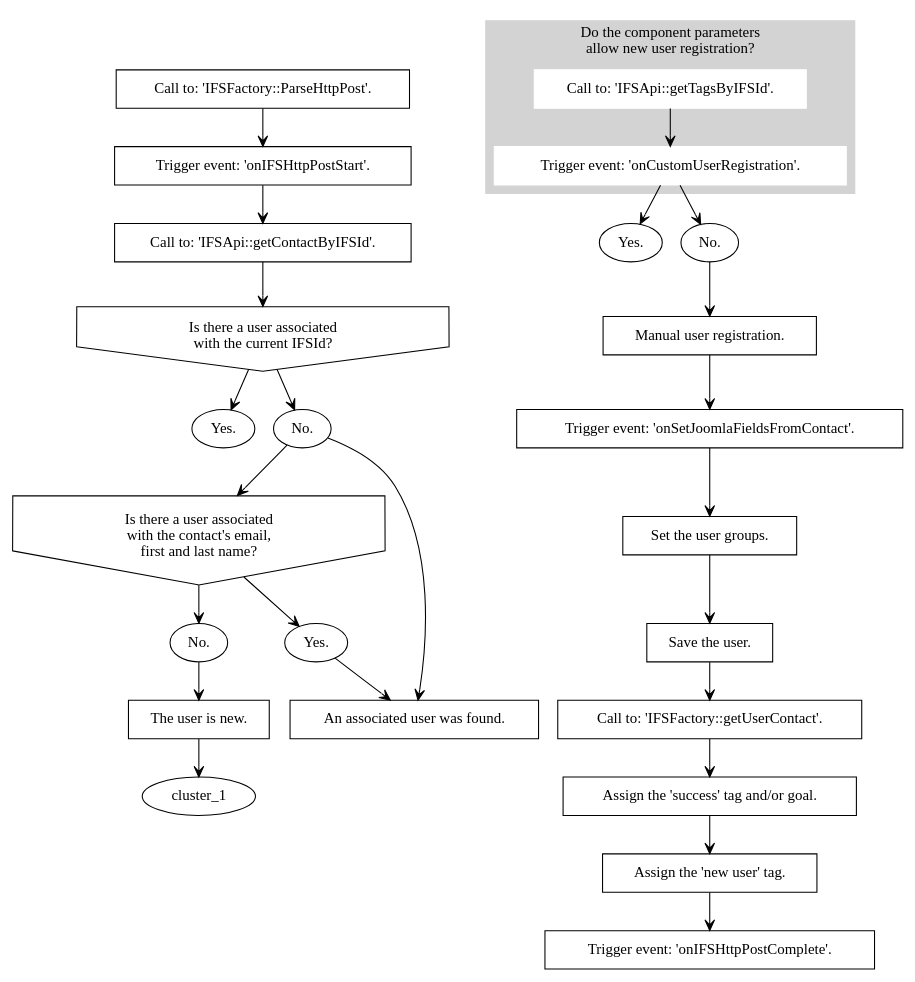
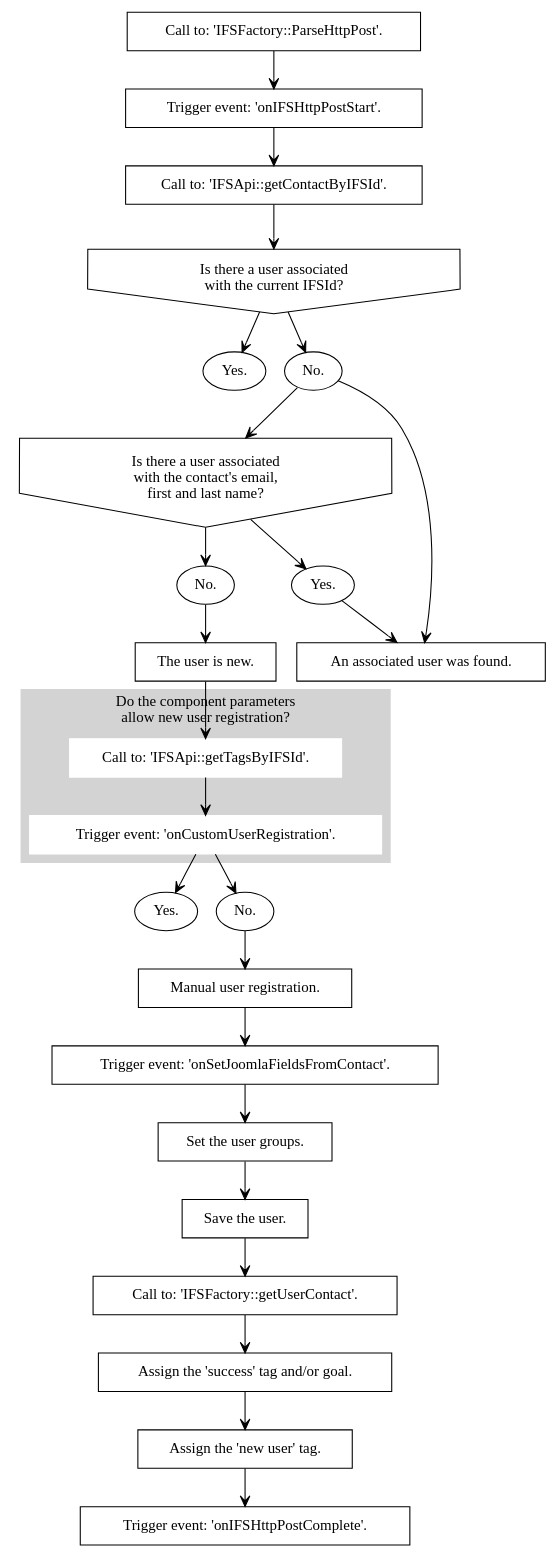
The diagram in docs/procedures/register_user.rst (treste91/JoomFuse), drawn with Graphviz before and after one commit.

```diff
--- a/docs/procedures/register_user.rst
+++ b/docs/procedures/register_user.rst
@@ -4,61 +4,61 @@
 .. graphviz::
 
    digraph {
    
       1 [label="Call to: 'IFSFactory::ParseHttpPost'." shape=rectangle]
       2 [label="Trigger event: 'onIFSHttpPostStart'." shape=rectangle]
       3 [label="Call to: 'IFSApi::getContactByIFSId'." shape=rectangle]
       4 [label="Is there a user associated\n with the current IFSId?" shape=invhouse]
       5 [label="Yes." shape=oval]
       6 [label="No." shape=oval]
       7 [label="Is there a user associated\n with the contact's email,\n first and last name?" shape=invhouse]
       8 [label="Yes." shape=oval]
       9 [label="An associated user was found." shape=rectangle]
       10 [label="No." shape=oval]
       11 [label="The user is new." shape=rectangle]
       
       subgraph cluster_1 {
          style=filled;
          color=lightgrey;
 		   node [style=filled,color=white];
          label="Do the component parameters\n allow new user registration?"
          12 [label="Call to: 'IFSApi::getTagsByIFSId'." shape=rectangle]
          13 [label="Trigger event: 'onCustomUserRegistration'." shape=rectangle]
       }
       
       14 [label="Yes." shape=oval]
       15 [label="No." shape=oval]
       16 [label="Manual user registration." shape=rectangle]
       17 [label="Trigger event: 'onSetJoomlaFieldsFromContact'." shape=rectangle]
       18 [label="Set the user groups." shape=rectangle]
       19 [label="Save the user." shape=rectangle]
       20 [label="Call to: 'IFSFactory::getUserContact'." shape=rectangle]
       21 [label="Assign the 'success' tag and/or goal." shape=rectangle]
       22 [label="Assign the 'new user' tag." shape=rectangle]
       23 [label="Trigger event: 'onIFSHttpPostComplete'." shape=rectangle]
       
       
       1 -> 2 [arrowhead=vee arrowsize=1]
       2 -> 3 [arrowhead=vee arrowsize=1]
       3 -> 4 [arrowhead=vee arrowsize=1]
       4 -> 5 [arrowhead=vee arrowsize=1]
       4 -> 6 [arrowhead=vee arrowsize=1]
       6 -> 7 [arrowhead=vee arrowsize=1]
       7 -> 8 [arrowhead=vee arrowsize=1]
       8 -> 9 [arrowhead=vee arrowsize=1]
       6 -> 9 [arrowhead=vee arrowsize=1]
       7 -> 10 [arrowhead=vee arrowsize=1]
       10 -> 11 [arrowhead=vee arrowsize=1]
-      11 -> cluster_1 [arrowhead=vee arrowsize=1]
+      11 -> 12 [arrowhead=vee arrowsize=1]
       12 -> 13 [arrowhead=vee arrowsize=1]
       13 -> 14 [arrowhead=vee arrowsize=1]
       13 -> 15 [arrowhead=vee arrowsize=1]
       15 -> 16 [arrowhead=vee arrowsize=1]
       16 -> 17 [arrowhead=vee arrowsize=1]
       17 -> 18 [arrowhead=vee arrowsize=1]
       18 -> 19 [arrowhead=vee arrowsize=1]
       19 -> 20 [arrowhead=vee arrowsize=1]
       20 -> 21 [arrowhead=vee arrowsize=1]
       21 -> 22 [arrowhead=vee arrowsize=1]
       22 -> 23 [arrowhead=vee arrowsize=1]
    }
```
